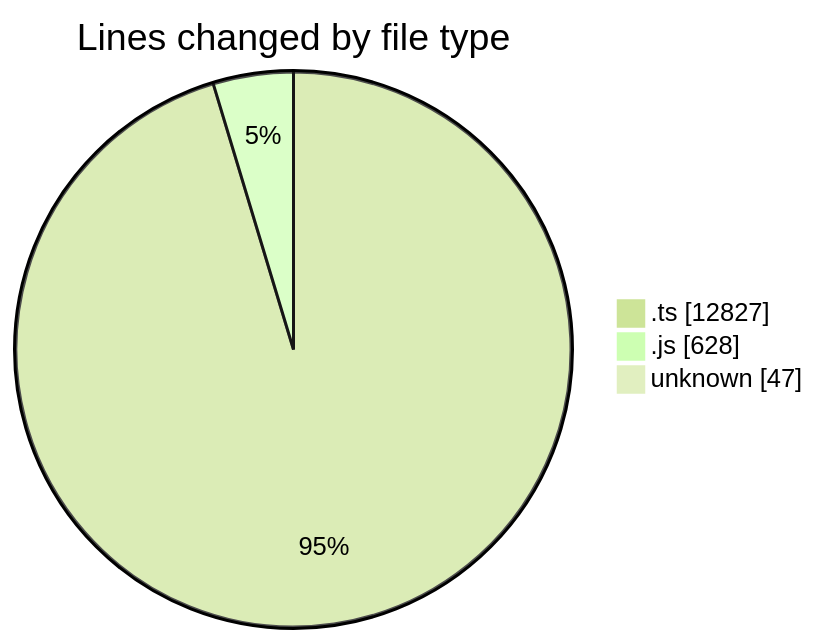
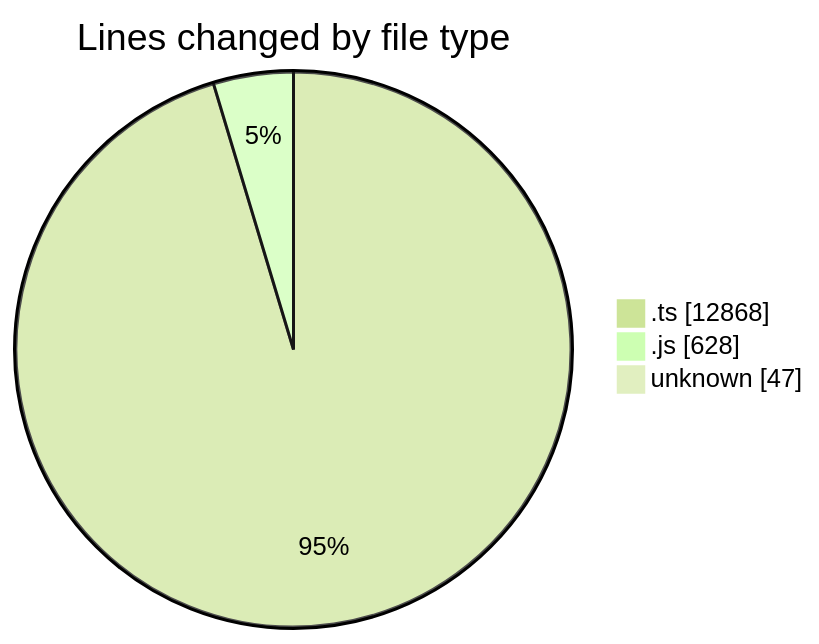
The first of 2 diagrams in 2025-09-05/cda/README.md (momahboobian/code-tracking), drawn with Mermaid (forest theme) before and after one commit. The commit also changed other lines of this file and 1 other file, not shown here.

````diff
--- a/2025-09-05/cda/README.md
+++ b/2025-09-05/cda/README.md
@@ -27,7 +27,7 @@
 ```mermaid
 pie showData
 title Lines changed by file type
-".ts" : 12827
+".ts" : 12868
 ".js" : 628
 "unknown" : 47
 ```
````
